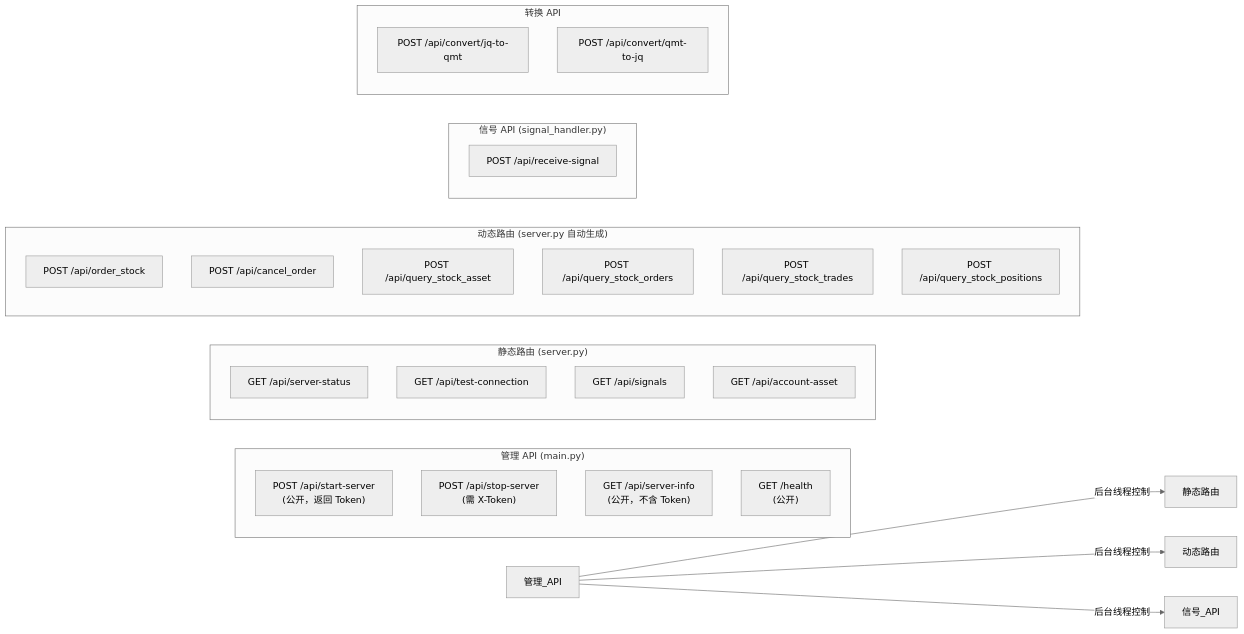
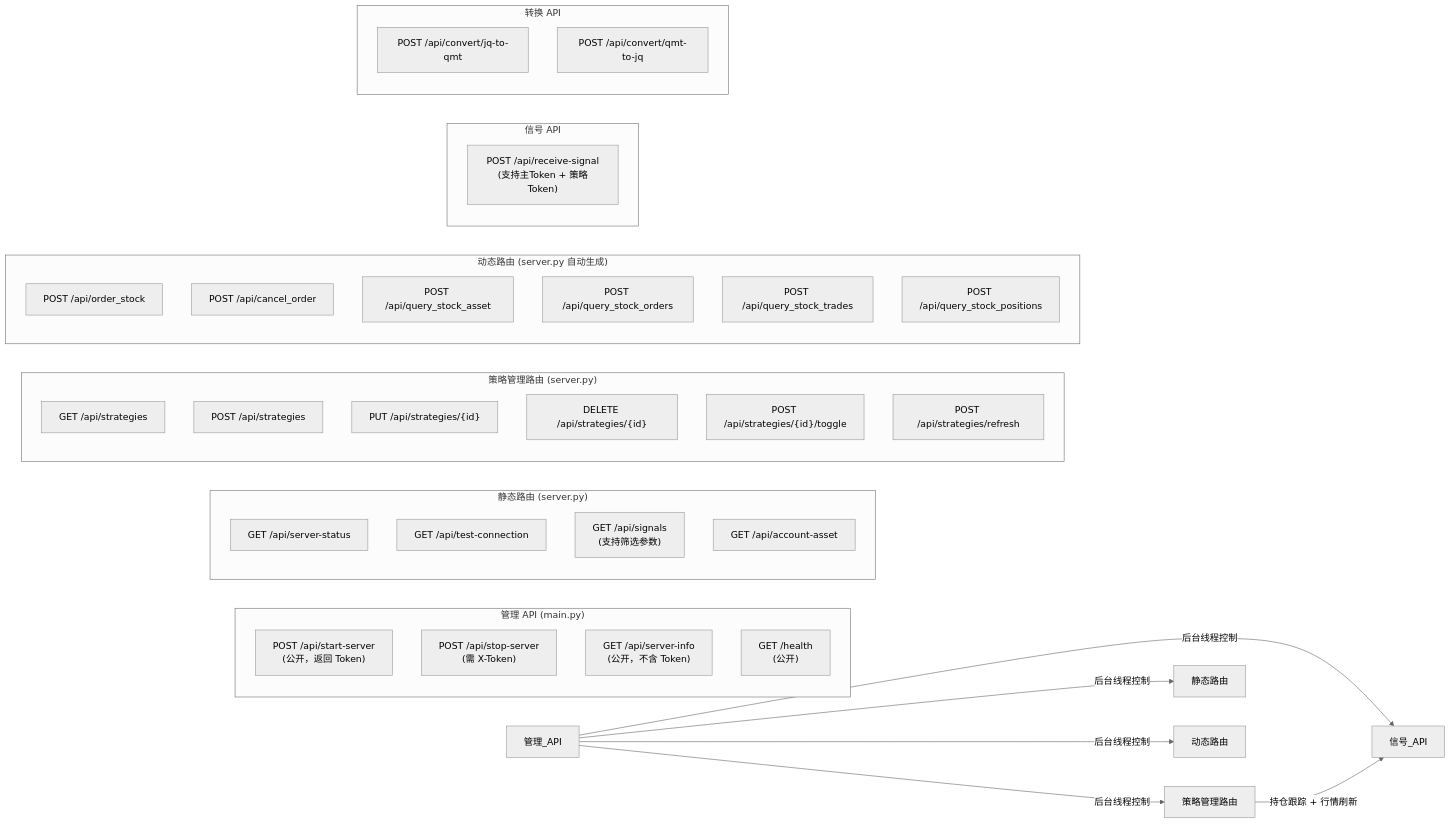
One commit to Dada-liu/QMT-Live-Assistant changed the fifth of 5 diagrams in IMPLEMENTATION_PLAN.md. Above: the diagram before and after it, drawn with Mermaid (neutral theme). The commit also changed other lines of this file and 16 other files, not shown here.

````diff
--- a/IMPLEMENTATION_PLAN.md
+++ b/IMPLEMENTATION_PLAN.md
@@ -210,38 +237,49 @@
 ```mermaid
 graph LR
     subgraph "管理 API (main.py)"
         START["POST /api/start-server<br/>(公开，返回 Token)"]
         STOP["POST /api/stop-server<br/>(需 X-Token)"]
         INFO["GET /api/server-info<br/>(公开，不含 Token)"]
         HEALTH["GET /health<br/>(公开)"]
     end
 
     subgraph "静态路由 (server.py)"
         STATUS["GET /api/server-status"]
         CONN["GET /api/test-connection"]
-        SIGNALS["GET /api/signals"]
+        SIGNALS["GET /api/signals<br/>(支持筛选参数)"]
         ASSET["GET /api/account-asset"]
+    end
+
+    subgraph "策略管理路由 (server.py)"
+        S_LIST["GET /api/strategies"]
+        S_CREATE["POST /api/strategies"]
+        S_UPDATE["PUT /api/strategies/{id}"]
+        S_DELETE["DELETE /api/strategies/{id}"]
+        S_TOGGLE["POST /api/strategies/{id}/toggle"]
+        S_REFRESH["POST /api/strategies/refresh"]
     end
 
     subgraph "动态路由 (server.py 自动生成)"
         D1["POST /api/order_stock"]
         D2["POST /api/cancel_order"]
         D3["POST /api/query_stock_asset"]
         D4["POST /api/query_stock_orders"]
         D5["POST /api/query_stock_trades"]
         D6["POST /api/query_stock_positions"]
     end
 
-    subgraph "信号 API (signal_handler.py)"
-        RECV["POST /api/receive-signal"]
+    subgraph "信号 API"
+        RECV["POST /api/receive-signal<br/>(支持主Token + 策略Token)"]
     end
 
     subgraph "转换 API"
         JQ["POST /api/convert/jq-to-qmt"]
         QJ["POST /api/convert/qmt-to-jq"]
     end
 
+    管理_API -->|"后台线程控制"| 策略管理路由
     管理_API -->|"后台线程控制"| 静态路由
     管理_API -->|"后台线程控制"| 动态路由
     管理_API -->|"后台线程控制"| 信号_API
+    策略管理路由 -->|"持仓跟踪 + 行情刷新"| 信号_API
 ```
````
